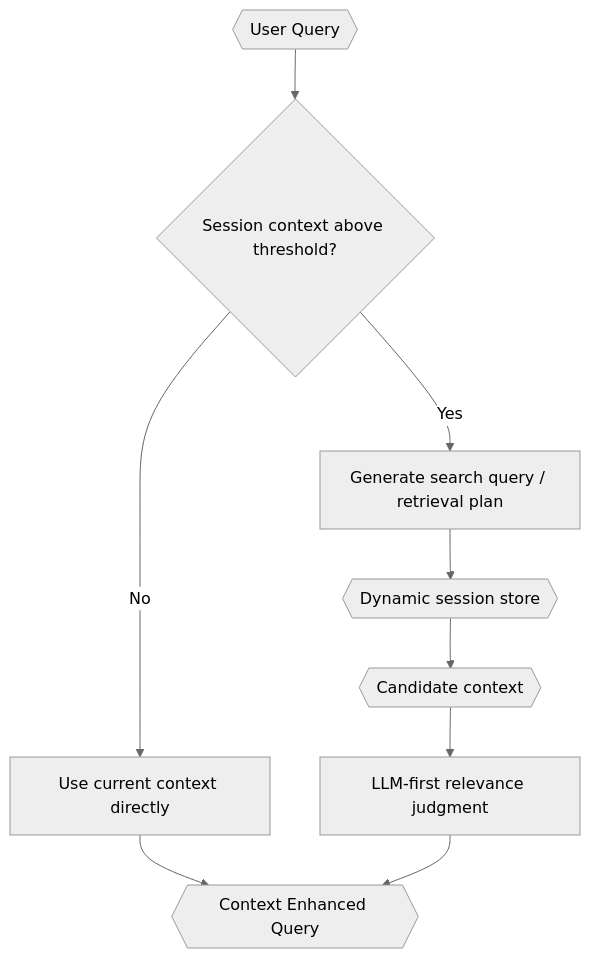
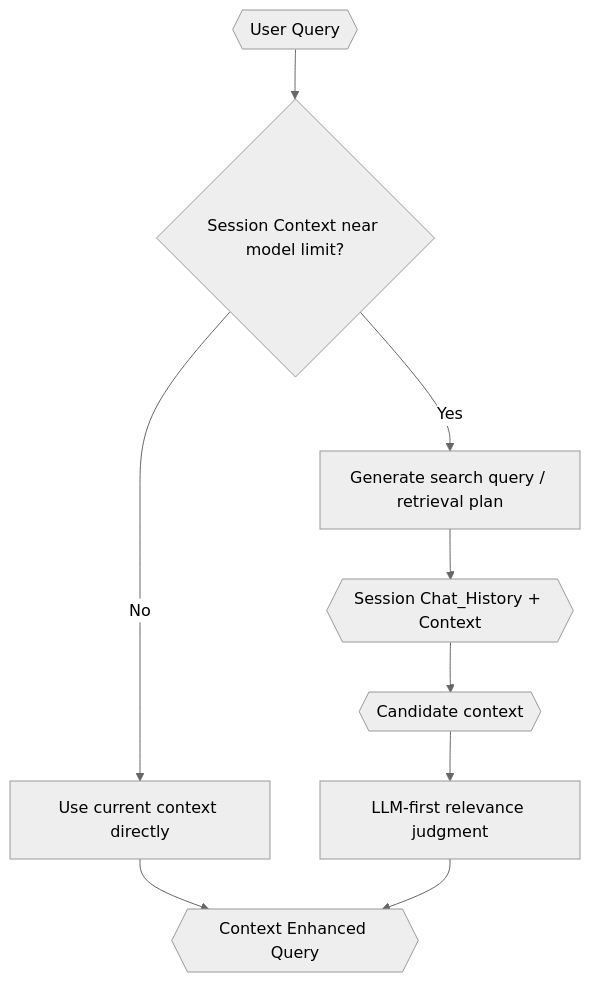
The diagram in src/tinycua/docs/architecture/context-retrieval.md (VJyzCELERY/TINYCUA), drawn with Mermaid (neutral theme) before and after one commit. The commit also changed other lines of this file and 14 other files, not shown here.

Commit message:
docs(architecture): add session architecture model

````diff
--- a/src/tinycua/docs/architecture/context-retrieval.md
+++ b/src/tinycua/docs/architecture/context-retrieval.md
@@ -56,20 +47,20 @@
 ```mermaid
 flowchart TD
     UQ{{"User Query"}}
-    SIZE{"Session context above threshold?"}
+    SIZE{"Session Context near model limit?"}
     DIRECT["Use current context directly"]
     SEARCH["Generate search query / retrieval plan"]
-    STORE{{"Dynamic session store"}}
+    STORE{{"Session Chat_History + Context"}}
     CAND{{"Candidate context"}}
     JUDGE["LLM-first relevance judgment"]
     CEQ{{"Context Enhanced Query"}}
 
     UQ --> SIZE
     SIZE -->|No| DIRECT
     DIRECT --> CEQ
     SIZE -->|Yes| SEARCH
     SEARCH --> STORE
     STORE --> CAND
     CAND --> JUDGE
     JUDGE --> CEQ
 ```
````
